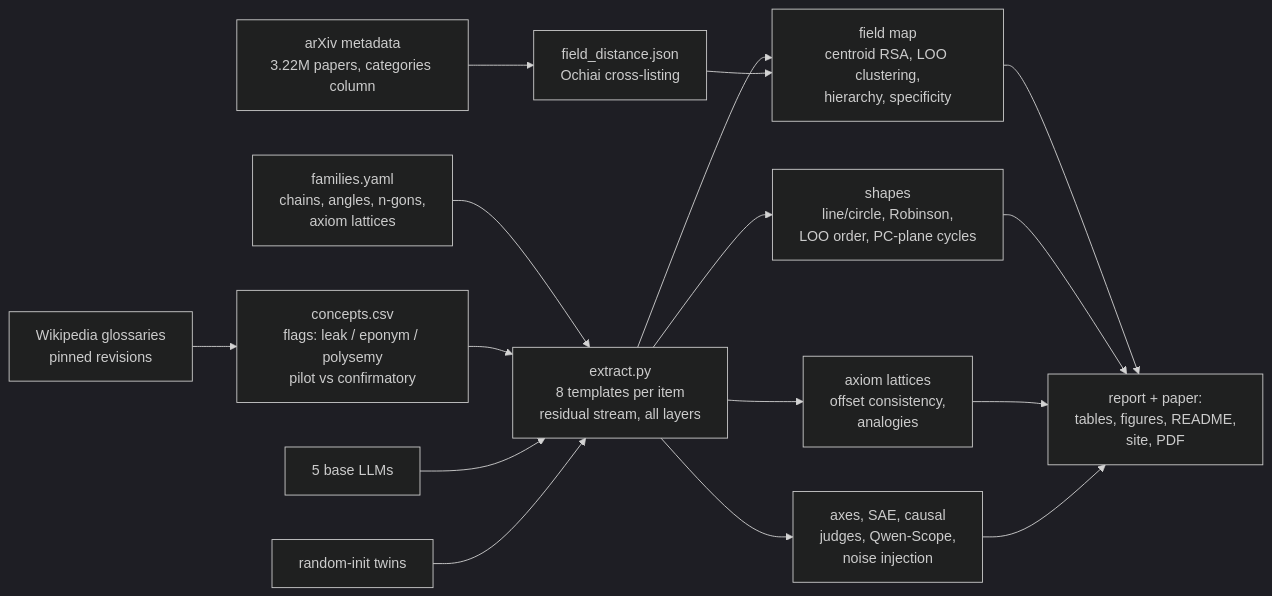
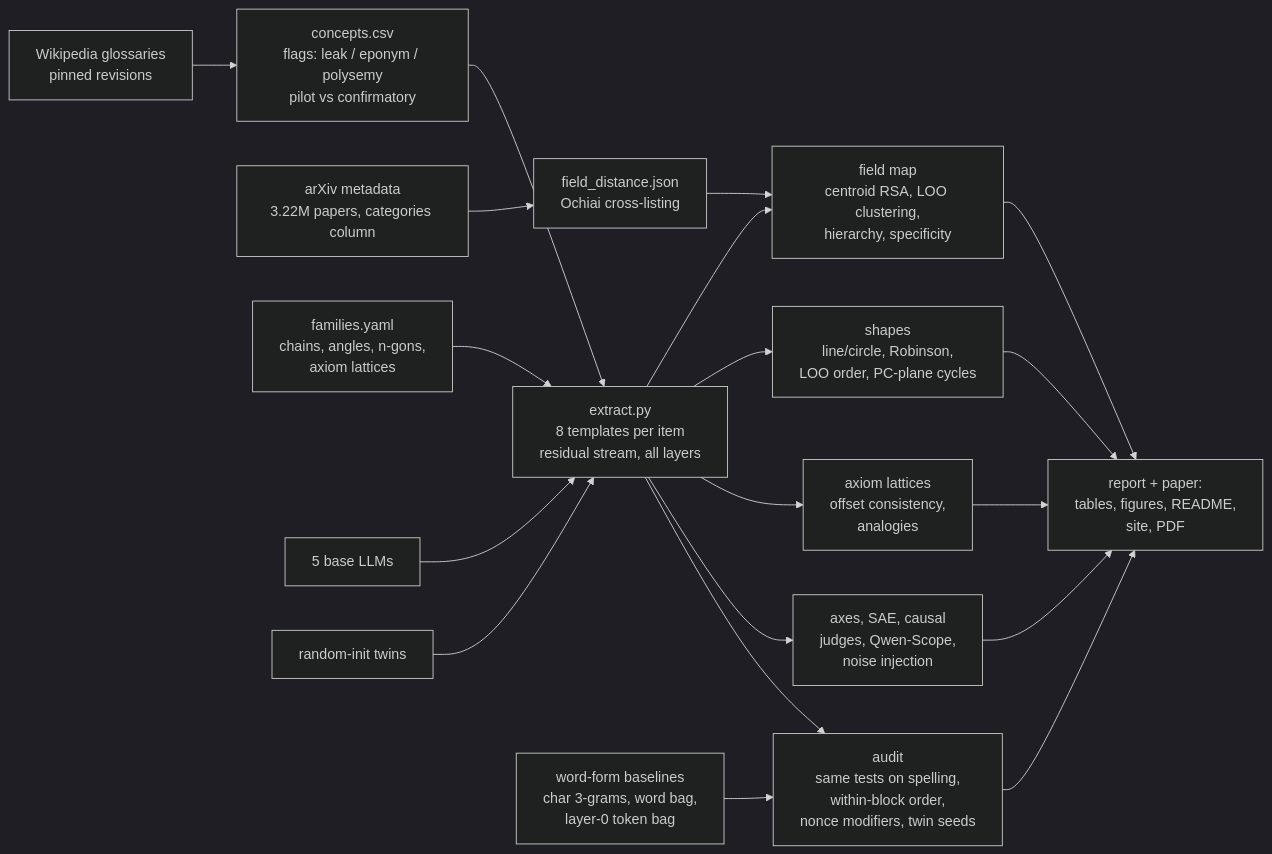
Before and after one commit to BurnyCoder/geometry-of-representations-of-mathematics-in-llms: the diagram in README.md, drawn with Mermaid (dark theme). The commit also changed other lines of this file and 9 other files, not shown here.

Commit message:
Rewrite claims after the independent audit: field map and space chain lead; axiom offsets, group objects and ring chain qualified as word form

````diff
--- a/README.md
+++ b/README.md
@@ -304,15 +324,17 @@
 ```mermaid
 flowchart LR
   W[Wikipedia glossaries<br/>pinned revisions] --> C[concepts.csv<br/>flags: leak / eponym / polysemy<br/>pilot vs confirmatory]
   A[arXiv metadata<br/>3.22M papers, categories column] --> D[field_distance.json<br/>Ochiai cross-listing]
   F[families.yaml<br/>chains, angles, n-gons,<br/>axiom lattices] --> X
   C --> X[extract.py<br/>8 templates per item<br/>residual stream, all layers]
   M[5 base LLMs] --> X
   R[random-init twins] --> X
   X --> H1[field map<br/>centroid RSA, LOO clustering,<br/>hierarchy, specificity]
   D --> H1
   X --> H2[shapes<br/>line/circle, Robinson,<br/>LOO order, PC-plane cycles]
   X --> H3[axiom lattices<br/>offset consistency,<br/>analogies]
   X --> H4[axes, SAE, causal<br/>judges, Qwen-Scope,<br/>noise injection]
-  H1 & H2 & H3 & H4 --> REP[report + paper:<br/>tables, figures, README,<br/>site, PDF]
+  L[word-form baselines<br/>char 3-grams, word bag,<br/>layer-0 token bag] --> AU[audit<br/>same tests on spelling,<br/>within-block order,<br/>nonce modifiers, twin seeds]
+  X --> AU
+  H1 & H2 & H3 & H4 & AU --> REP[report + paper:<br/>tables, figures, README,<br/>site, PDF]
 ```
````
